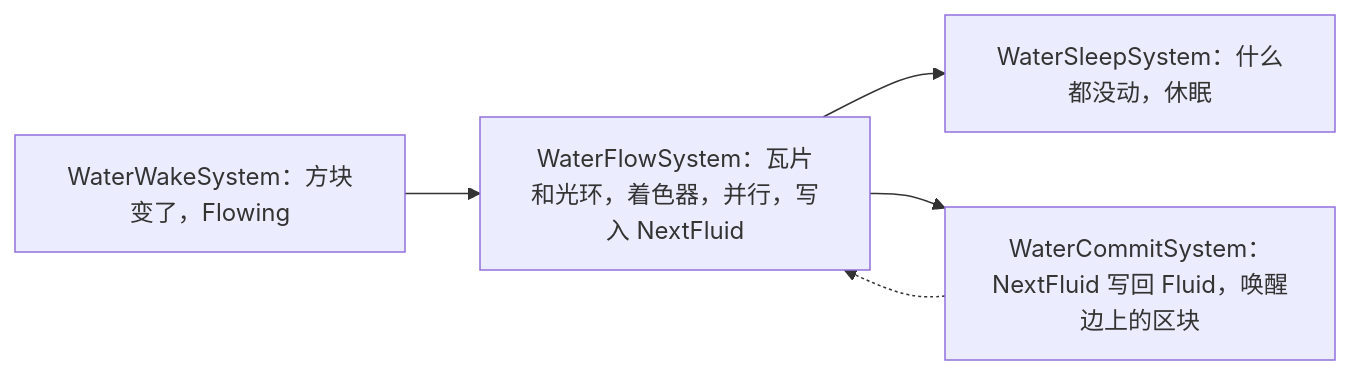
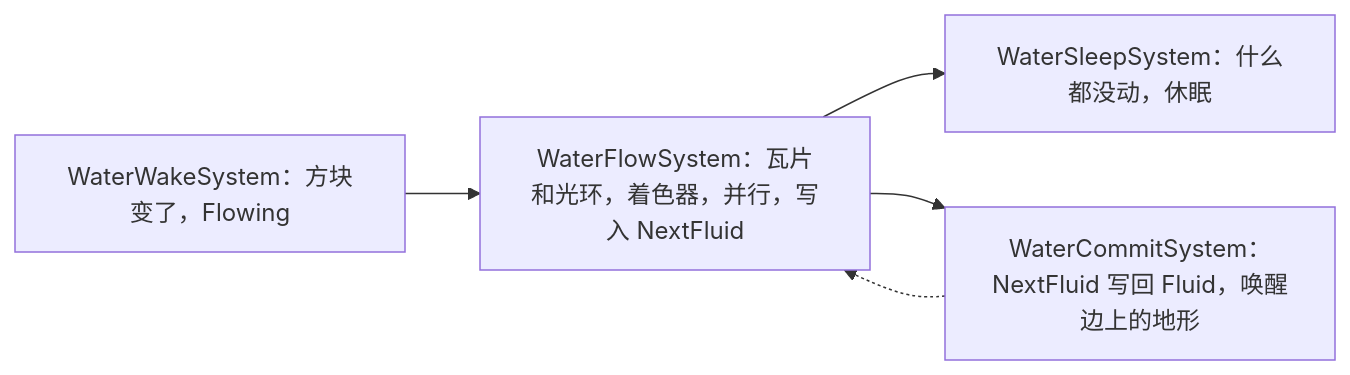
The third of 3 diagrams in docs/content/samples/voxel-server.zh.mdx (JasonXuDeveloper/EasyEcs), drawn with Mermaid before and after one commit. The commit also changed other lines of this file and 39 other files, not shown here.

````diff
--- a/docs/content/samples/voxel-server.zh.mdx
+++ b/docs/content/samples/voxel-server.zh.mdx
@@ -216,7 +216,7 @@
 ```mermaid
 flowchart LR
   wake[WaterWakeSystem：方块变了，Flowing] --> flow[WaterFlowSystem：瓦片和光环，着色器，并行，写入 NextFluid]
   flow --> sleep[WaterSleepSystem：什么都没动，休眠]
-  flow --> commit[WaterCommitSystem：NextFluid 写回 Fluid，唤醒边上的区块]
+  flow --> commit[WaterCommitSystem：NextFluid 写回 Fluid，唤醒边上的地形]
   commit -.-> flow
 ```
````
